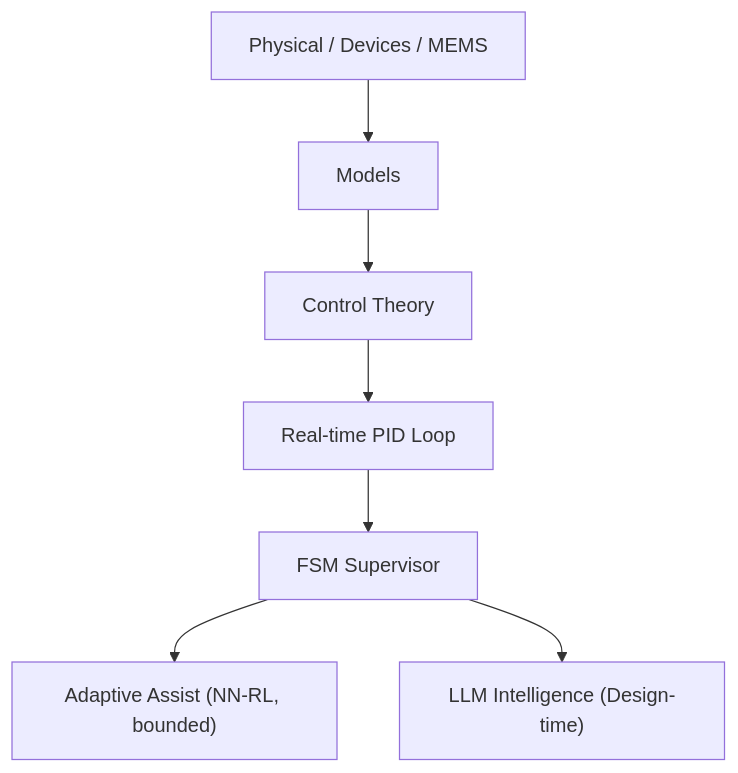
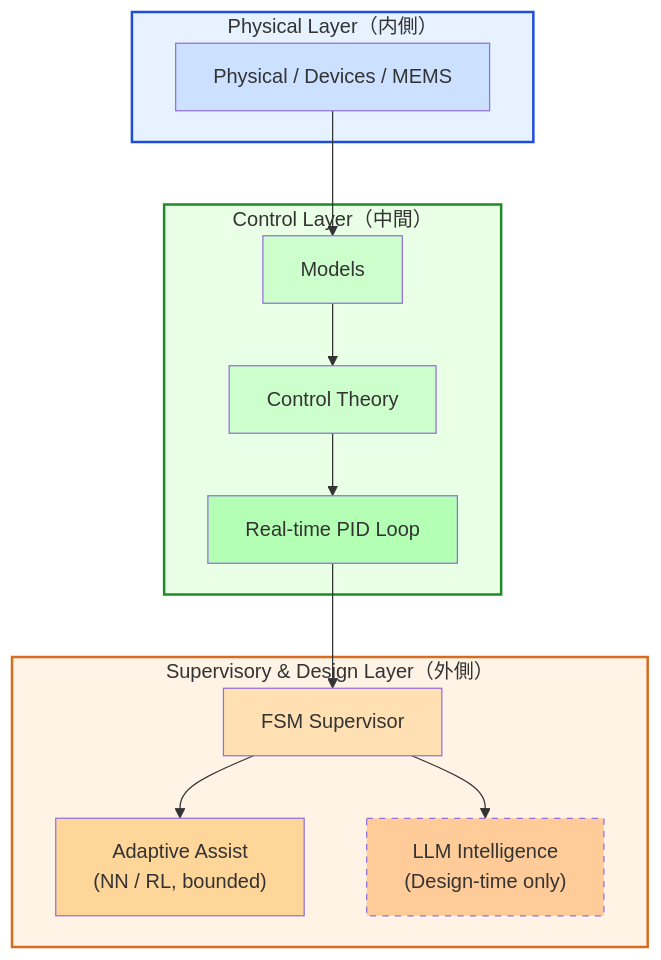
Before and after one commit to Samizo-AITL/Samizo-AITL.github.io: the diagram in portal/index.md, drawn with Mermaid. The commit also changed other lines of this file, not shown here.

````diff
--- a/portal/index.md
+++ b/portal/index.md
@@ -74,9 +74,43 @@
 ```mermaid
 flowchart TB
-  P["Physical / Devices / MEMS"] --> M["Models"]
-  M --> C["Control Theory"]
-  C --> R["Real-time PID Loop"]
-  R --> S["FSM Supervisor"]
-  S --> A["Adaptive Assist (NN-RL, bounded)"]
-  S --> I["LLM Intelligence (Design-time)"]
+  %% ===== Physical Layer =====
+  subgraph PL["Physical Layer（内側）"]
+    P["Physical / Devices / MEMS"]
+  end
+
+  %% ===== Control Layer =====
+  subgraph CL["Control Layer（中間）"]
+    M["Models"]
+    C["Control Theory"]
+    R["Real-time PID Loop"]
+  end
+
+  %% ===== Supervisory & Design Layer =====
+  subgraph SL["Supervisory & Design Layer（外側）"]
+    S["FSM Supervisor"]
+    A["Adaptive Assist\n(NN / RL, bounded)"]
+    I["LLM Intelligence\n(Design-time only)"]
+  end
+
+  %% ===== Flow =====
+  P --> M
+  M --> C
+  C --> R
+  R --> S
+  S --> A
+  S --> I
+
+  %% ===== Style =====
+  style PL fill:#e6f2ff,stroke:#1f4ed8,stroke-width:2px
+  style CL fill:#e9ffe6,stroke:#1f8b24,stroke-width:2px
+  style SL fill:#fff3e6,stroke:#d86b1f,stroke-width:2px
+
+  style P fill:#cce0ff
+  style M fill:#ccffcc
+  style C fill:#ccffcc
+  style R fill:#b3ffb3
+
+  style S fill:#ffe0b3
+  style A fill:#ffd699
+  style I fill:#ffcc99,stroke-dasharray:5 5
 ```
````
